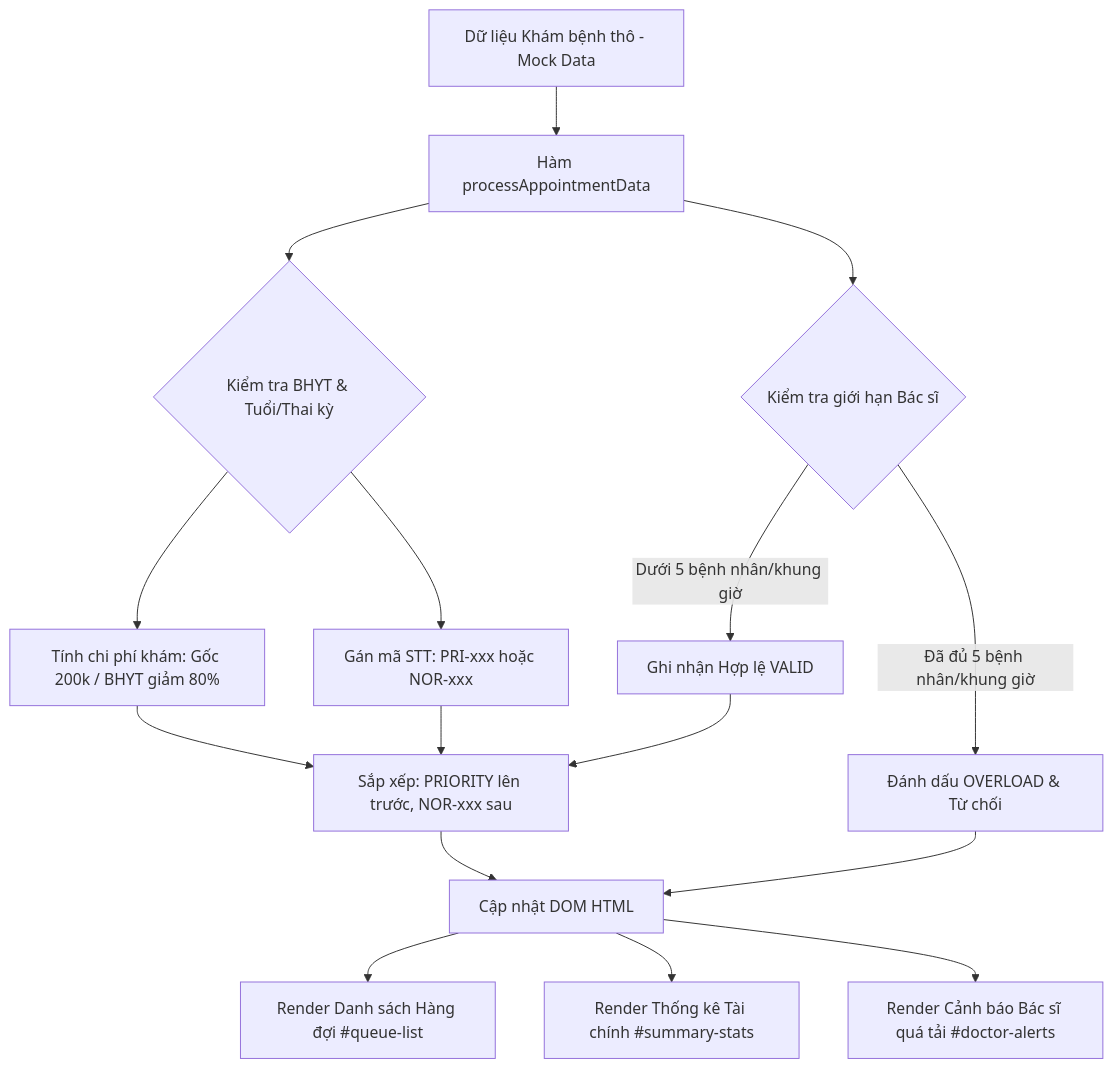
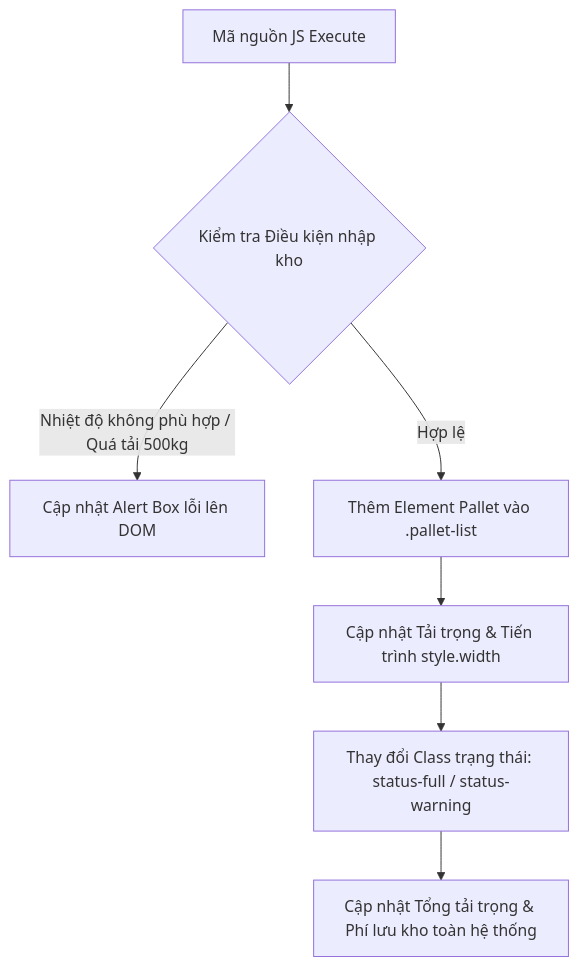
Before and after one commit to ngoquy12/learning_material: the diagram in output/pms/Phát_triển_ứng_dụng_web/Session 17 - Tương tác DOM API (Document Object Model)- Truy xuất và Thay đổi Nội dung/Bài tập/bai_tap_8.md, drawn with Mermaid. The commit also changed other lines of this file and 116 other files, not shown here.

Commit message:
fix(homework): standardize 15-exercise Bloom suite naming convention, add synthesis/mindmap exercises, clean legacy stubs, and integrate HomeworkReviewerAgent

````diff
--- a/output/pms/Phát_triển_ứng_dụng_web/Session 17 - Tương tác DOM API (Document Object Model)- Truy xuất và Thay đổi Nội dung/Bài tập/bai_tap_8.md
+++ b/output/pms/Phát_triển_ứng_dụng_web/Session 17 - Tương tác DOM API (Document Object Model)- Truy xuất và Thay đổi Nội dung/Bài tập/bai_tap_8.md
@@ -16,15 +16,9 @@
 ```mermaid
-flowchart TD
-    A[Dữ liệu Khám bệnh thô - Mock Data] --> B[Hàm processAppointmentData]
-    B --> C{Kiểm tra BHYT & Tuổi/Thai kỳ}
-    C --> D[Tính chi phí khám: Gốc 200k / BHYT giảm 80%]
-    C --> E[Gán mã STT: PRI-xxx hoặc NOR-xxx]
-    B --> F{Kiểm tra giới hạn Bác sĩ}
-    F -->|Đã đủ 5 bệnh nhân/khung giờ| G[Đánh dấu OVERLOAD & Từ chối]
-    F -->|Dưới 5 bệnh nhân/khung giờ| H[Ghi nhận Hợp lệ VALID]
-    D & E & H --> I[Sắp xếp: PRIORITY lên trước, NOR-xxx sau]
-    I & G --> J[Cập nhật DOM HTML]
-    J --> K[Render Danh sách Hàng đợi #queue-list]
-    J --> L[Render Thống kê Tài chính #summary-stats]
-    J --> M[Render Cảnh báo Bác sĩ quá tải #doctor-alerts]
+graph TD
+    A[Mã nguồn JS Execute] --> B{Kiểm tra Điều kiện nhập kho}
+    B -- Nhiệt độ không phù hợp / Quá tải 500kg --> C[Cập nhật Alert Box lỗi lên DOM]
+    B -- Hợp lệ --> D[Thêm Element Pallet vào .pallet-list]
+    D --> E[Cập nhật Tải trọng & Tiến trình style.width]
+    E --> F[Thay đổi Class trạng thái: status-full / status-warning]
+    F --> G[Cập nhật Tổng tải trọng & Phí lưu kho toàn hệ thống]
 ```
````
